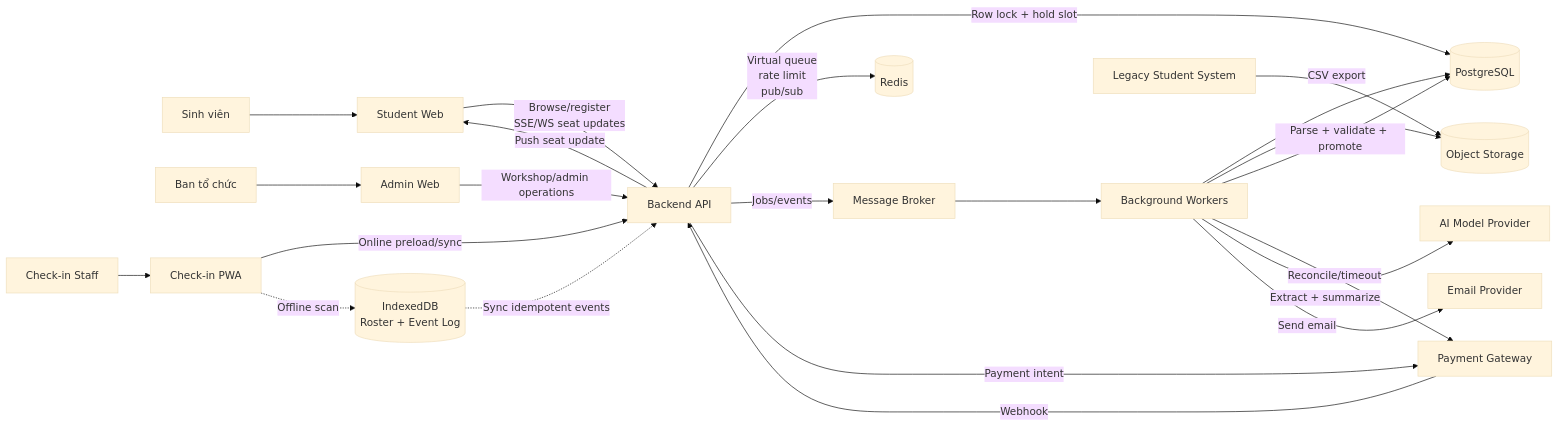
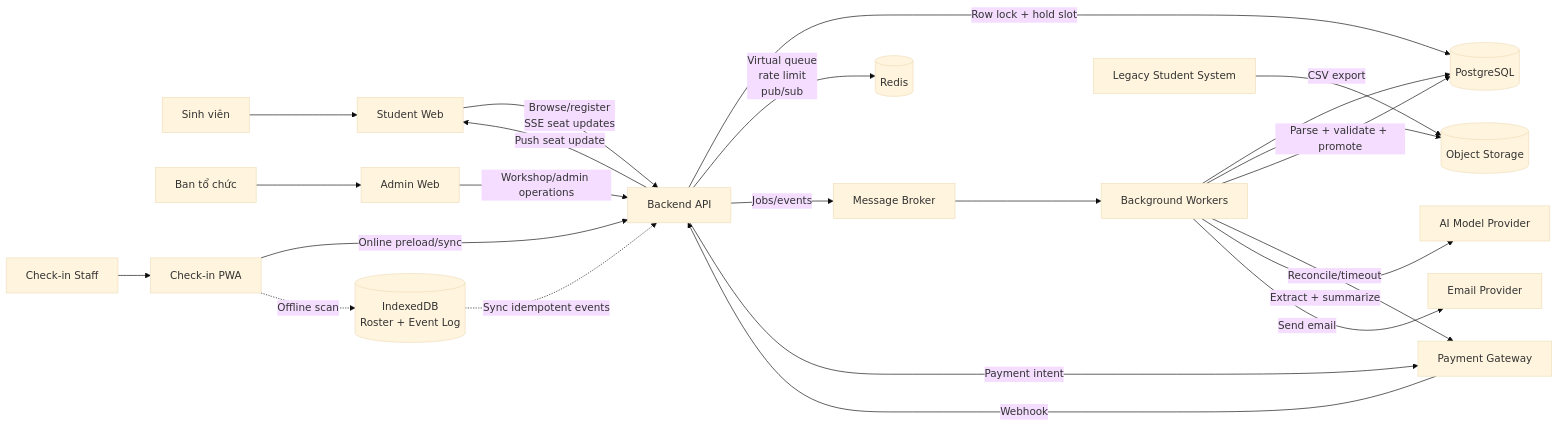
The third of 4 diagrams in docs/blueprint/design.md (NTTH7419/TKPMFinal), drawn with Mermaid (base theme) before and after one commit. The commit also changed other lines of this file and 14 other files, not shown here.

Commit message:
feat: align OpenSpec design with Hybrid architecture by adopting SSE, Redis Docker, and Supabase infrastructure.

````diff
--- a/docs/blueprint/design.md
+++ b/docs/blueprint/design.md
@@ -100,30 +100,30 @@
 ```mermaid
 flowchart LR
     Student["Sinh viên"] --> StudentWeb["Student Web"]
     Organizer["Ban tổ chức"] --> AdminWeb["Admin Web"]
     Staff["Check-in Staff"] --> PWA["Check-in PWA"]
 
-    StudentWeb -->|"Browse/register\nSSE/WS seat updates"| API["Backend API"]
+    StudentWeb -->|"Browse/register\nSSE seat updates"| API["Backend API"]
     AdminWeb -->|"Workshop/admin operations"| API
     PWA -->|"Online preload/sync"| API
     PWA -.->|"Offline scan"| IndexedDB[("IndexedDB\nRoster + Event Log")]
     IndexedDB -.->|"Sync idempotent events"| API
 
     API -->|"Row lock + hold slot"| PG[("PostgreSQL")]
     API -->|"Virtual queue\nrate limit\npub/sub"| Redis[("Redis")]
     API -->|"Jobs/events"| Queue["Message Broker"]
     Queue --> Workers["Background Workers"]
     Workers --> PG
     Workers --> Storage[("Object Storage")]
 
     Legacy["Legacy Student System"] -->|"CSV export"| Storage
     Workers -->|"Parse + validate + promote"| PG
 
     API -->|"Payment intent"| Payment["Payment Gateway"]
     Payment -->|"Webhook"| API
     Workers -->|"Reconcile/timeout"| Payment
 
     Workers -->|"Extract + summarize"| AI["AI Model Provider"]
     Workers -->|"Send email"| Email["Email Provider"]
     API -->|"Push seat update"| StudentWeb
 ```
````
